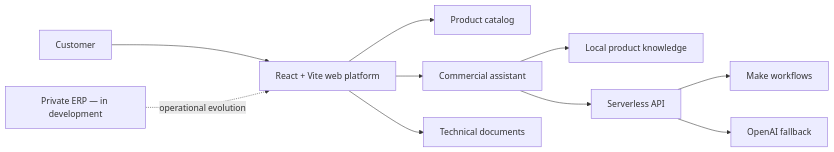
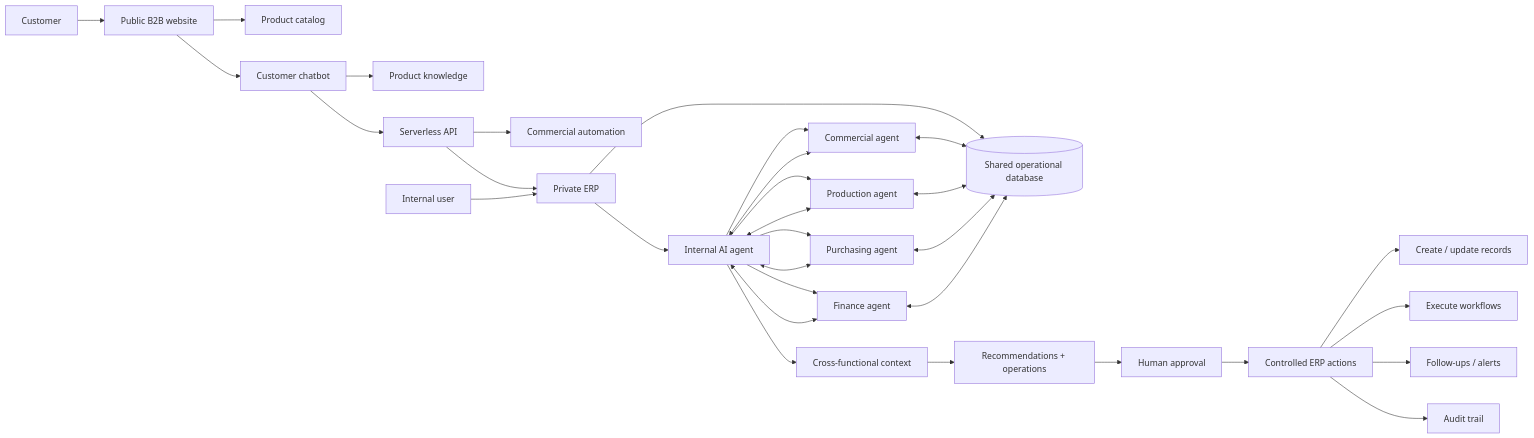
One commit to diegofrancoe/diegofrancoe changed the second of 3 diagrams in README.md. Above: the diagram before and after it, drawn with Mermaid. The commit also changed other lines of this file, not shown here.

Commit message:
Expand Naval architecture with multi-agent ERP design

```diff
--- a/README.md
+++ b/README.md
@@ -72,12 +72,39 @@
 ~~~mermaid
 flowchart LR
-    C[Customer] --> WEB[React + Vite web platform]
-    WEB --> CAT[Product catalog]
-    WEB --> CHAT[Commercial assistant]
-    CHAT --> LOCAL[Local product knowledge]
+    CUSTOMER[Customer] --> WEB[Public B2B website]
+    WEB --> CATALOG[Product catalog]
+    WEB --> CHAT[Customer chatbot]
+    CHAT --> KNOWLEDGE[Product knowledge]
     CHAT --> API[Serverless API]
-    API --> MAKE[Make workflows]
-    API --> OAI[OpenAI fallback]
-    WEB --> DOCS[Technical documents]
-    ERP[Private ERP — in development] -. operational evolution .-> WEB
+    API --> AUTOMATION[Commercial automation]
+    API --> ERP[Private ERP]
+
+    USER[Internal user] --> ERP
+    ERP --> INTERNAL[Internal AI agent]
+    ERP --> DB[(Shared operational database)]
+
+    INTERNAL --> COMM[Commercial agent]
+    INTERNAL --> PROD[Production agent]
+    INTERNAL --> BUY[Purchasing agent]
+    INTERNAL --> FIN[Finance agent]
+
+    COMM <--> DB
+    PROD <--> DB
+    BUY <--> DB
+    FIN <--> DB
+
+    COMM <--> INTERNAL
+    PROD <--> INTERNAL
+    BUY <--> INTERNAL
+    FIN <--> INTERNAL
+
+    INTERNAL --> CONTEXT[Cross-functional context]
+    CONTEXT --> REC[Recommendations + operations]
+    REC --> APPROVAL[Human approval]
+    APPROVAL --> ACTIONS[Controlled ERP actions]
+
+    ACTIONS --> RECORDS[Create / update records]
+    ACTIONS --> WORKFLOWS[Execute workflows]
+    ACTIONS --> FOLLOW[Follow-ups / alerts]
+    ACTIONS --> AUDIT[Audit trail]
 ~~~
```
